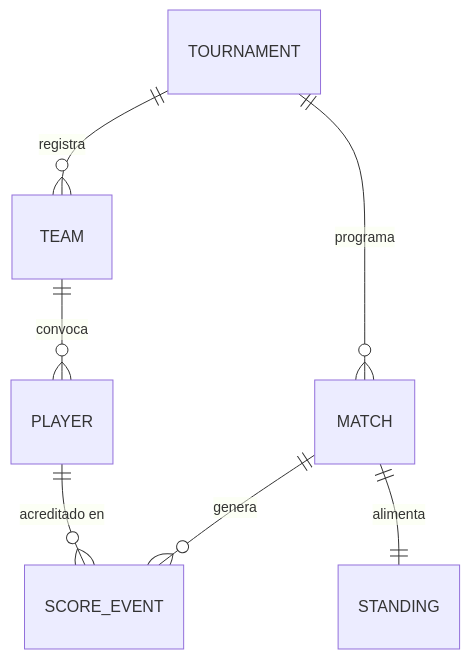
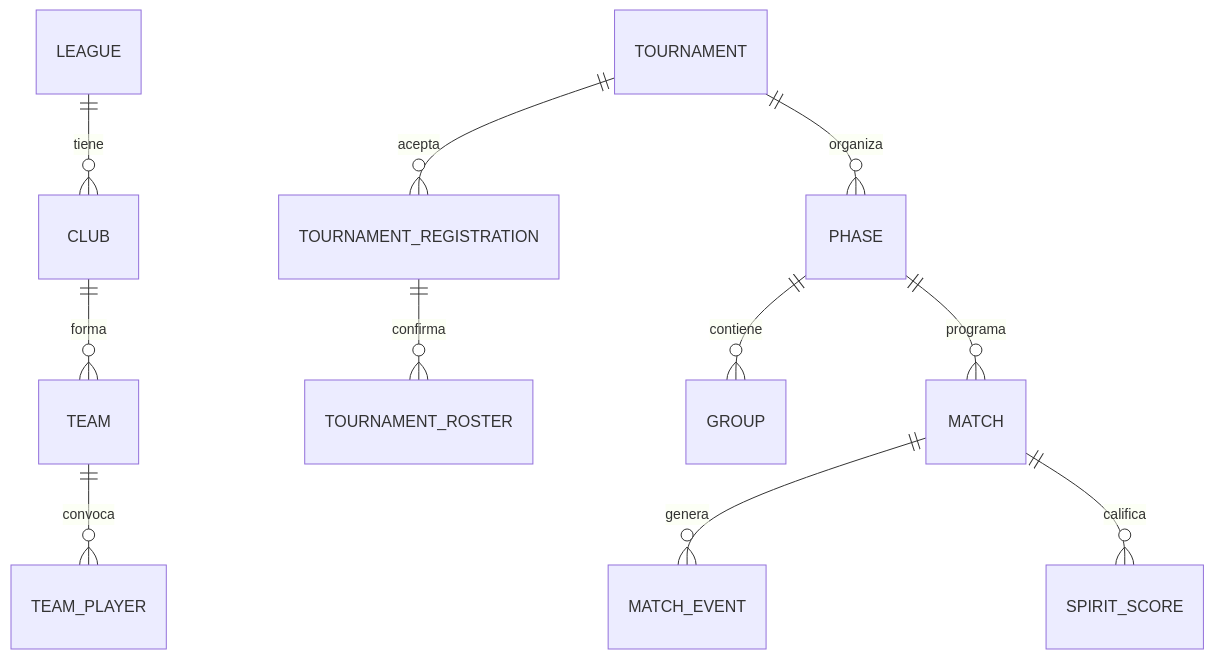
The second of 3 diagrams in content/es/pages/engineering.mdx (JJ-Dev18/portafolio2026), drawn with Mermaid before and after one commit. The commit also changed other lines of this file and 15 other files, not shown here.

````diff
--- a/content/es/pages/engineering.mdx
+++ b/content/es/pages/engineering.mdx
@@ -42,9 +42,13 @@
 ```mermaid
 erDiagram
-  TOURNAMENT ||--o{ TEAM : registra
-  TOURNAMENT ||--o{ MATCH : programa
-  TEAM ||--o{ PLAYER : convoca
-  MATCH ||--o{ SCORE_EVENT : genera
-  PLAYER ||--o{ SCORE_EVENT : "acreditado en"
-  MATCH ||--|| STANDING : "alimenta"
+  LEAGUE ||--o{ CLUB : tiene
+  CLUB ||--o{ TEAM : forma
+  TEAM ||--o{ TEAM_PLAYER : convoca
+  TOURNAMENT ||--o{ TOURNAMENT_REGISTRATION : acepta
+  TOURNAMENT_REGISTRATION ||--o{ TOURNAMENT_ROSTER : confirma
+  TOURNAMENT ||--o{ PHASE : organiza
+  PHASE ||--o{ GROUP : contiene
+  PHASE ||--o{ MATCH : programa
+  MATCH ||--o{ MATCH_EVENT : genera
+  MATCH ||--o{ SPIRIT_SCORE : califica
 ```
````
